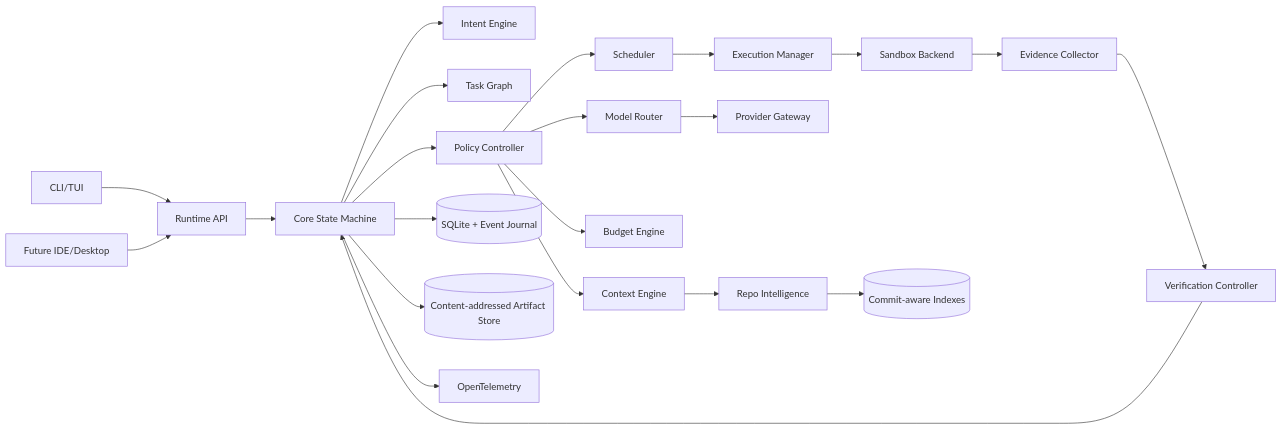
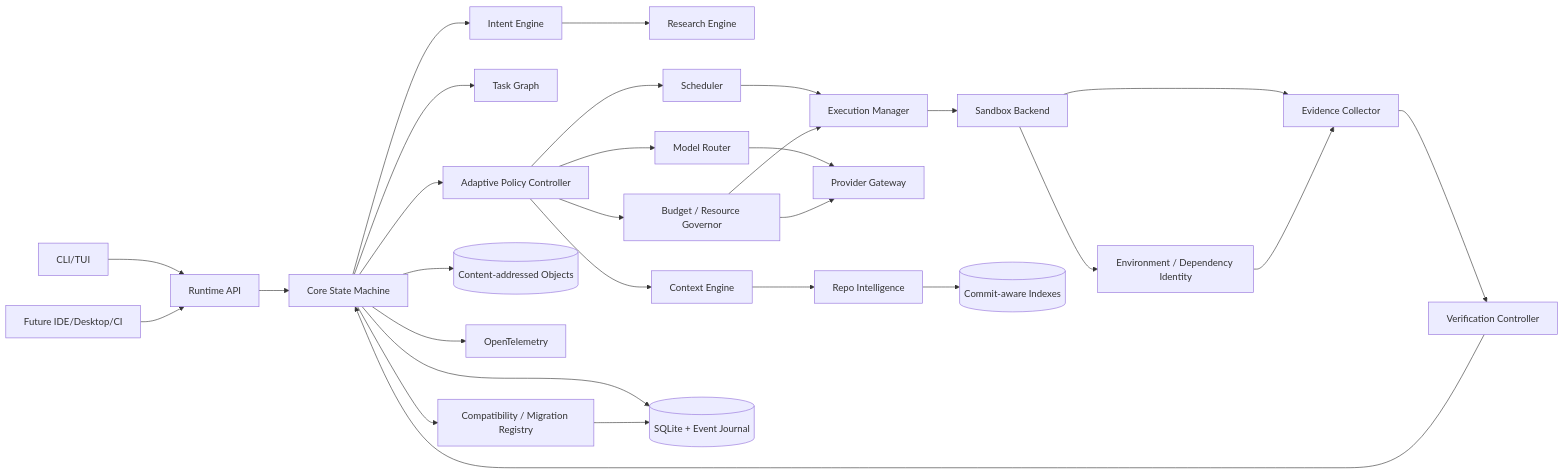
The diagram in docs/03_SYSTEM_ARCHITECTURE.md (brutalstein/everything-cli), drawn with Mermaid before and after one commit. The commit also changed other lines of this file and 39 other files, not shown here.

Commit message:
Close architecture completeness gaps

````diff
--- a/docs/03_SYSTEM_ARCHITECTURE.md
+++ b/docs/03_SYSTEM_ARCHITECTURE.md
@@ -45,29 +40,37 @@
 ```mermaid
 flowchart LR
     CLI[CLI/TUI] --> API[Runtime API]
-    UI[Future IDE/Desktop] --> API
+    UI[Future IDE/Desktop/CI] --> API
 
     API --> CORE[Core State Machine]
     CORE --> INTENT[Intent Engine]
+    INTENT --> RESEARCH[Research Engine]
     CORE --> GRAPH[Task Graph]
-    CORE --> POLICY[Policy Controller]
+    CORE --> POLICY[Adaptive Policy Controller]
 
     POLICY --> ROUTER[Model Router]
     POLICY --> CONTEXT[Context Engine]
-    POLICY --> BUDGET[Budget Engine]
+    POLICY --> GOV[Budget / Resource Governor]
     POLICY --> SCHED[Scheduler]
 
     CONTEXT --> REPO[Repo Intelligence]
-    ROUTER --> PROVIDER[Provider Gateway]
+    ROUTER --> PG[Provider Gateway]
     SCHED --> EXEC[Execution Manager]
+    GOV --> EXEC
+    GOV --> PG
     EXEC --> SANDBOX[Sandbox Backend]
 
+    SANDBOX --> ENV[Environment / Dependency Identity]
     SANDBOX --> EVIDENCE[Evidence Collector]
+    ENV --> EVIDENCE
     EVIDENCE --> VERIFY[Verification Controller]
     VERIFY --> CORE
 
     CORE --> STATE[(SQLite + Event Journal)]
     REPO --> INDEX[(Commit-aware Indexes)]
-    CORE --> BLOBS[(Content-addressed Artifact Store)]
+    CORE --> BLOBS[(Content-addressed Objects)]
     CORE --> OTEL[OpenTelemetry]
+
+    CORE --> COMPAT[Compatibility / Migration Registry]
+    COMPAT --> STATE
 ```
````
